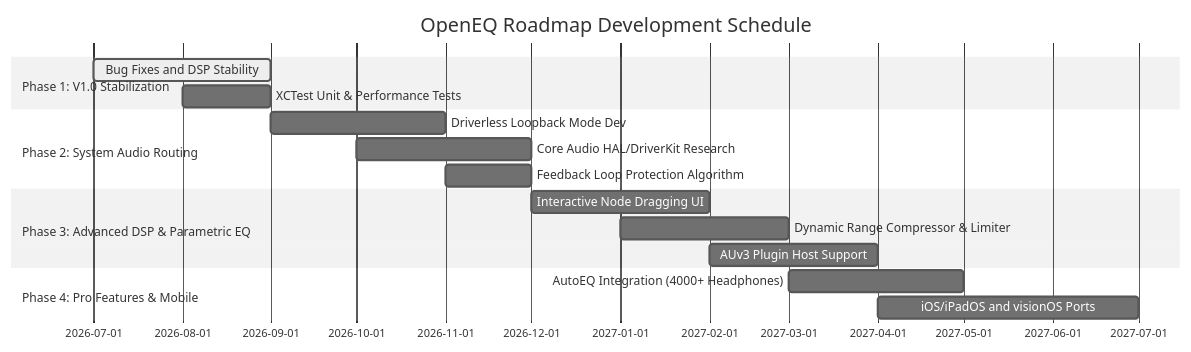
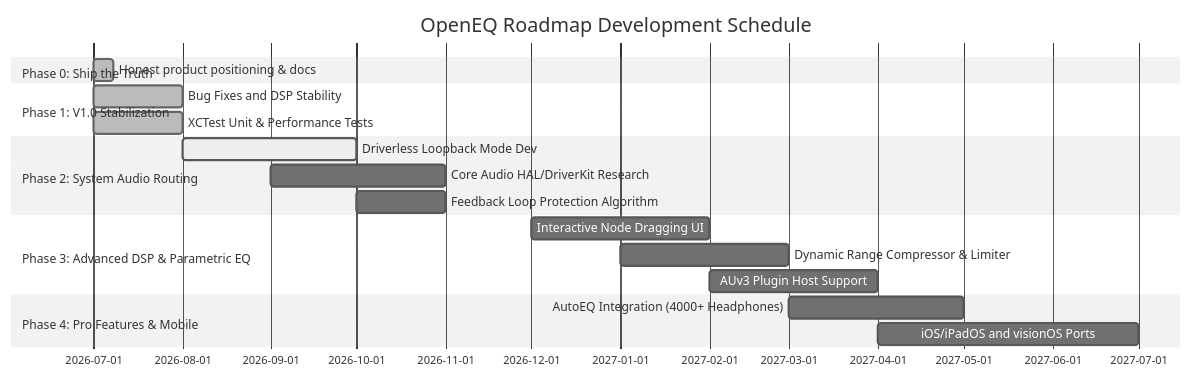
The diagram in docs/ROADMAP.md (oznksc/OpenEQ), drawn with Mermaid (neutral theme) before and after one commit. The commit also changed other lines of this file and 17 other files, not shown here.

First line of the commit message:
Ship Phase 0 honesty and Phase 1 audio stability

````diff
--- a/docs/ROADMAP.md
+++ b/docs/ROADMAP.md
@@ -9,19 +9,21 @@
 ```mermaid
 gantt
     title OpenEQ Roadmap Development Schedule
     dateFormat  YYYY-MM
+    section Phase 0: Ship the Truth
+    Honest product positioning & docs    :done, p0_1, 2026-07, 1w
     section Phase 1: V1.0 Stabilization
-    Bug Fixes and DSP Stability          :active, p1_1, 2026-07, 2M
-    XCTest Unit & Performance Tests      :p1_2, 2026-08, 1M
+    Bug Fixes and DSP Stability          :done, p1_1, 2026-07, 1M
+    XCTest Unit & Performance Tests      :done, p1_2, 2026-07, 1M
     section Phase 2: System Audio Routing
-    Driverless Loopback Mode Dev         :p2_1, 2026-09, 2M
-    Core Audio HAL/DriverKit Research    :p2_2, 2026-10, 2M
-    Feedback Loop Protection Algorithm   :p2_3, 2026-11, 1M
+    Driverless Loopback Mode Dev         :active, p2_1, 2026-08, 2M
+    Core Audio HAL/DriverKit Research    :p2_2, 2026-09, 2M
+    Feedback Loop Protection Algorithm   :p2_3, 2026-10, 1M
     section Phase 3: Advanced DSP & Parametric EQ
     Interactive Node Dragging UI         :p3_1, 2026-12, 2M
     Dynamic Range Compressor & Limiter   :p3_2, 2027-01, 2M
     AUv3 Plugin Host Support             :p3_3, 2027-02, 2M
     section Phase 4: Pro Features & Mobile
     AutoEQ Integration (4000+ Headphones):p4_1, 2027-03, 2M
     iOS/iPadOS and visionOS Ports        :p4_2, 2027-04, 3M
 ```
````
